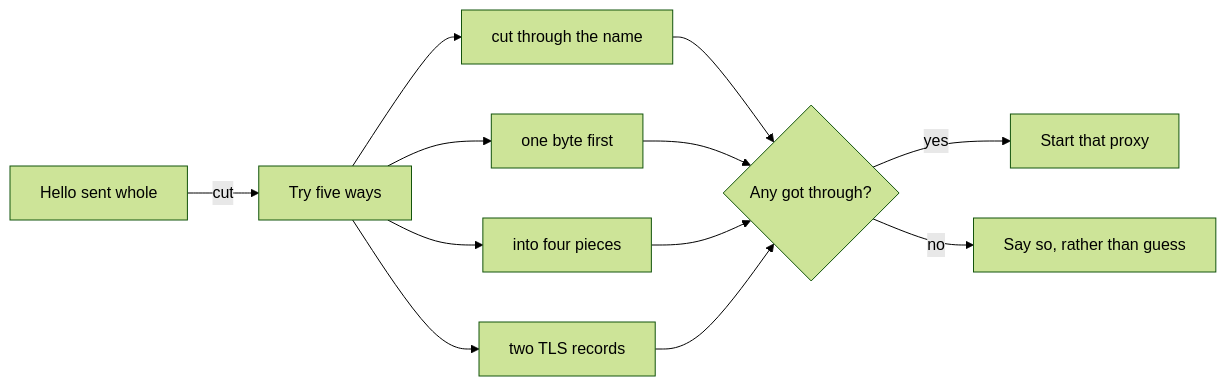
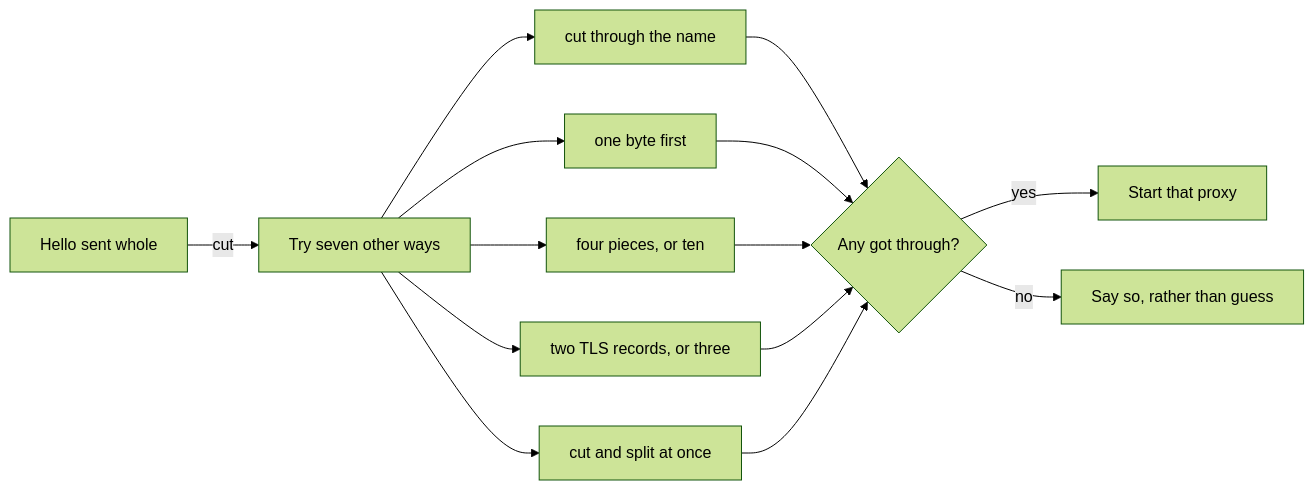
One commit to maksim-miliutin/NetCheak changed the second of 2 diagrams in README.md. Above: the diagram before and after it, drawn with Mermaid (forest theme). The commit also changed other lines of this file and 1 other file, not shown here.

````diff
--- a/README.md
+++ b/README.md
@@ -73,14 +73,16 @@
 ```mermaid
 flowchart LR
-    A[Hello sent whole] -->|cut| B[Try five ways]
+    A[Hello sent whole] -->|cut| B[Try seven other ways]
     B --> C[cut through the name]
     B --> D[one byte first]
-    B --> E[into four pieces]
-    B --> F[two TLS records]
+    B --> E[four pieces, or ten]
+    B --> F[two TLS records, or three]
+    B --> M[cut and split at once]
     C --> G{Any got through?}
     D --> G
     E --> G
     F --> G
+    M --> G
     G -->|yes| H[Start that proxy]
     G -->|no| I[Say so, rather than guess]
 ```
````
